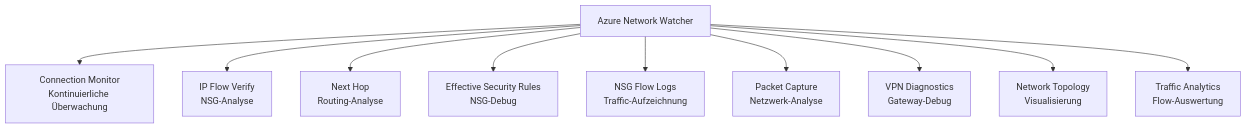
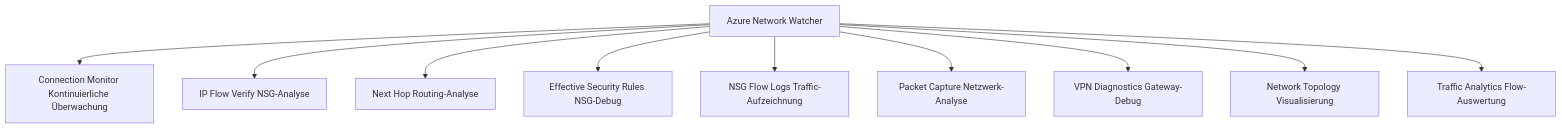
The first of 7 diagrams in Microsoft 365/Azure/Netzwerk/Azure Network Watcher.md (SoniiiT/notes-n-docs), drawn with Mermaid before and after one commit. The commit also changed other lines of this file and 124 other files, not shown here.

First line of the commit message:
fix: Entferne \n aus allen Mermaid-Diagrammen (125 Dateien)

````diff
--- a/Microsoft 365/Azure/Netzwerk/Azure Network Watcher.md
+++ b/Microsoft 365/Azure/Netzwerk/Azure Network Watcher.md
@@ -30,12 +30,12 @@
 ```mermaid
 graph TD
-    NW[Azure Network Watcher] --> CONN[Connection Monitor\nKontinuierliche Überwachung]
-    NW --> IPFLOW[IP Flow Verify\nNSG-Analyse]
-    NW --> NEXTHOP[Next Hop\nRouting-Analyse]
-    NW --> ESR[Effective Security Rules\nNSG-Debug]
-    NW --> FLOW[NSG Flow Logs\nTraffic-Aufzeichnung]
-    NW --> CAPTURE[Packet Capture\nNetzwerk-Analyse]
-    NW --> VPN[VPN Diagnostics\nGateway-Debug]
-    NW --> TOPO[Network Topology\nVisualisierung]
-    NW --> TA[Traffic Analytics\nFlow-Auswertung]
+    NW[Azure Network Watcher] --> CONN[Connection Monitor Kontinuierliche Überwachung]
+    NW --> IPFLOW[IP Flow Verify NSG-Analyse]
+    NW --> NEXTHOP[Next Hop Routing-Analyse]
+    NW --> ESR[Effective Security Rules NSG-Debug]
+    NW --> FLOW[NSG Flow Logs Traffic-Aufzeichnung]
+    NW --> CAPTURE[Packet Capture Netzwerk-Analyse]
+    NW --> VPN[VPN Diagnostics Gateway-Debug]
+    NW --> TOPO[Network Topology Visualisierung]
+    NW --> TA[Traffic Analytics Flow-Auswertung]
 ```
````
